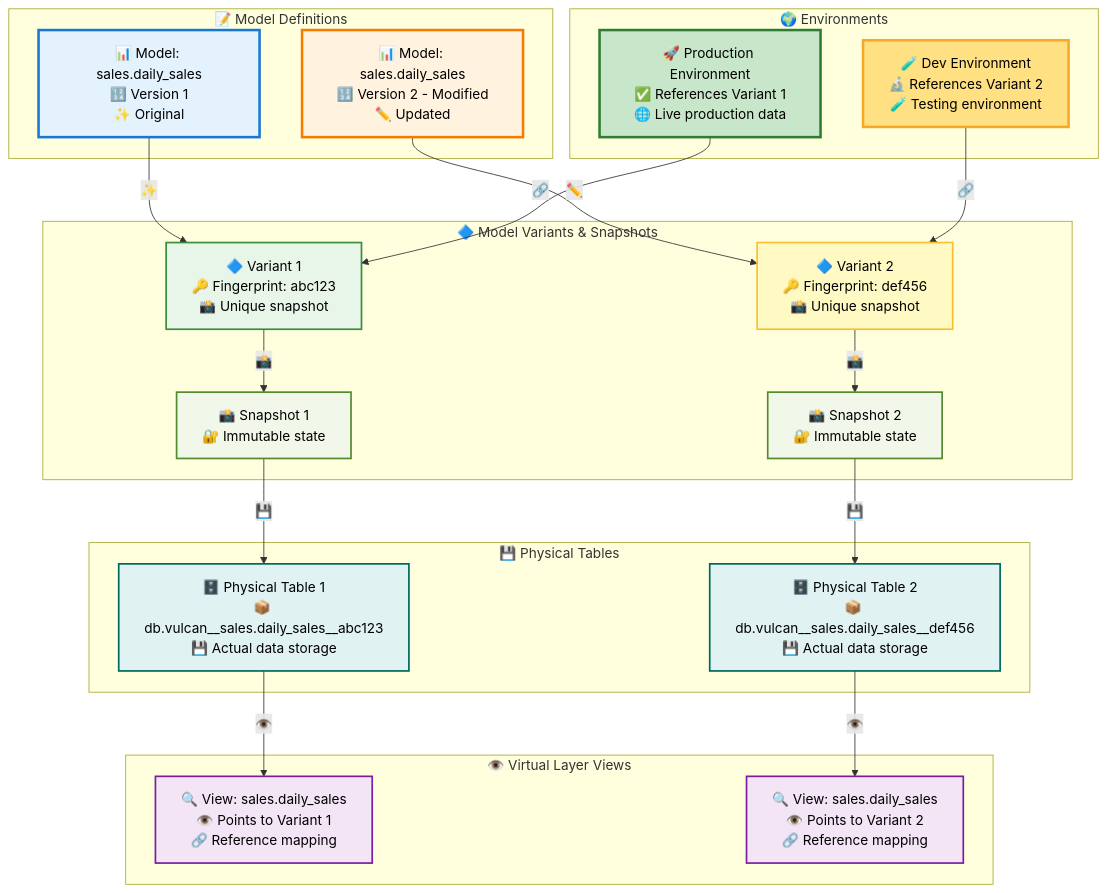
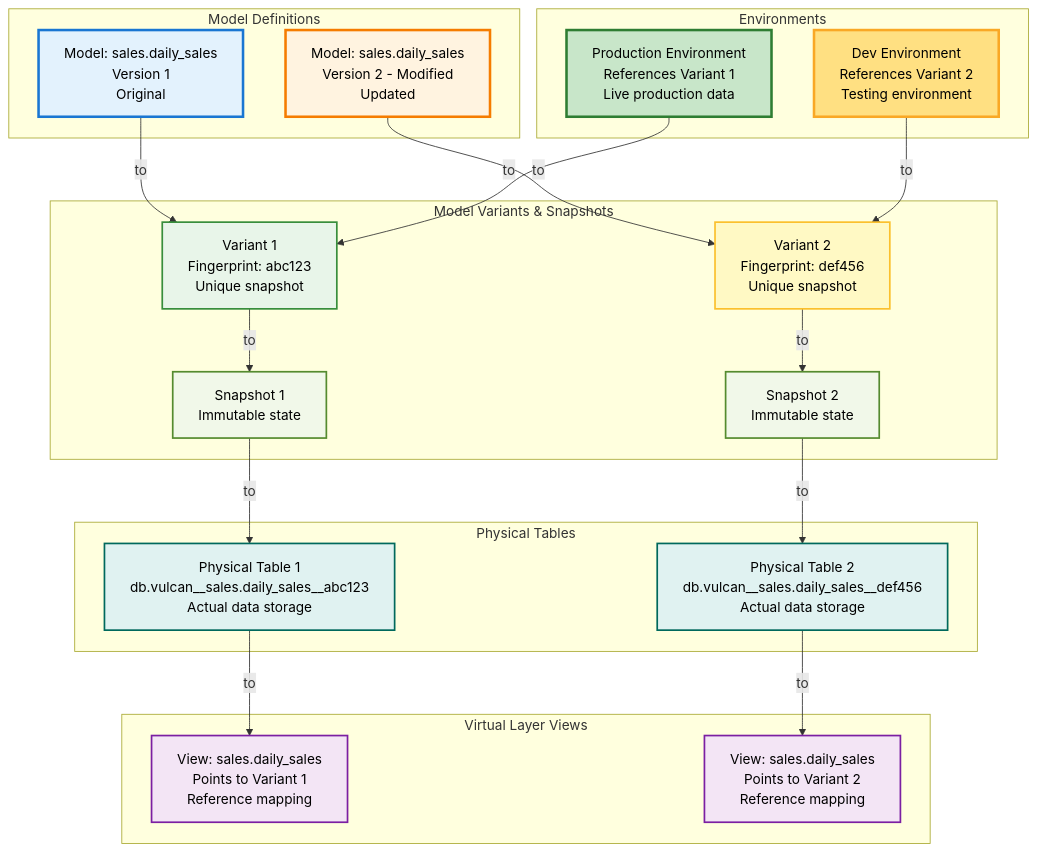
Before and after one commit to tmdc-io/vulcan-book: the fourth of 4 diagrams in docs/references/plans.md, drawn with Mermaid. The commit also changed other lines of this file and 6 other files, not shown here.

Commit message:
updated mermaid diagrams to remove emojis, commented out the old plan guide o have only the new 2.0 plan guide

````diff
--- a/docs/references/plans.md
+++ b/docs/references/plans.md
@@ -232,53 +232,53 @@
 ```mermaid
 graph TB
-    subgraph "📝 Model Definitions"
-        M1[📊 Model: sales.daily_sales<br/>🔢 Version 1<br/>✨ Original]
-        M2[📊 Model: sales.daily_sales<br/>🔢 Version 2 - Modified<br/>✏️ Updated]
+    subgraph "Model Definitions"
+        M1[Model: sales.daily_sales<br/>Version 1<br/>Original]
+        M2[Model: sales.daily_sales<br/>Version 2 - Modified<br/>Updated]
     end
 
-    subgraph "🔷 Model Variants & Snapshots"
-        V1[🔷 Variant 1<br/>🔑 Fingerprint: abc123<br/>📸 Unique snapshot]
-        V2[🔷 Variant 2<br/>🔑 Fingerprint: def456<br/>📸 Unique snapshot]
-        S1[📸 Snapshot 1<br/>🔐 Immutable state]
-        S2[📸 Snapshot 2<br/>🔐 Immutable state]
+    subgraph "Model Variants & Snapshots"
+        V1[Variant 1<br/>Fingerprint: abc123<br/>Unique snapshot]
+        V2[Variant 2<br/>Fingerprint: def456<br/>Unique snapshot]
+        S1[Snapshot 1<br/>Immutable state]
+        S2[Snapshot 2<br/>Immutable state]
     end
 
-    subgraph "💾 Physical Tables"
-        T1[🗄️ Physical Table 1<br/>📦 db.vulcan__sales.daily_sales__abc123<br/>💾 Actual data storage]
-        T2[🗄️ Physical Table 2<br/>📦 db.vulcan__sales.daily_sales__def456<br/>💾 Actual data storage]
+    subgraph "Physical Tables"
+        T1[Physical Table 1<br/>db.vulcan__sales.daily_sales__abc123<br/>Actual data storage]
+        T2[Physical Table 2<br/>db.vulcan__sales.daily_sales__def456<br/>Actual data storage]
     end
 
-    subgraph "👁️ Virtual Layer Views"
-        VL1[🔍 View: sales.daily_sales<br/>👁️ Points to Variant 1<br/>🔗 Reference mapping]
-        VL2[🔍 View: sales.daily_sales<br/>👁️ Points to Variant 2<br/>🔗 Reference mapping]
+    subgraph "Virtual Layer Views"
+        VL1[View: sales.daily_sales<br/>Points to Variant 1<br/>Reference mapping]
+        VL2[View: sales.daily_sales<br/>Points to Variant 2<br/>Reference mapping]
     end
 
-    subgraph "🌍 Environments"
-        PROD[🚀 Production Environment<br/>✅ References Variant 1<br/>🌐 Live production data]
-        DEV[🧪 Dev Environment<br/>🔬 References Variant 2<br/>🧪 Testing environment]
+    subgraph "Environments"
+        PROD[Production Environment<br/>References Variant 1<br/>Live production data]
+        DEV[Dev Environment<br/>References Variant 2<br/>Testing environment]
     end
 
-    M1 -->|"✨"| V1
-    M2 -->|"✏️"| V2
-    V1 -->|"📸"| S1
-    V2 -->|"📸"| S2
-    S1 -->|"💾"| T1
-    S2 -->|"💾"| T2
-    T1 -->|"👁️"| VL1
-    T2 -->|"👁️"| VL2
-    PROD -->|"🔗"| V1
-    DEV -->|"🔗"| V2
+    M1 -->|"to"| V1
+    M2 -->|"to"| V2
+    V1 -->|"to"| S1
+    V2 -->|"to"| S2
+    S1 -->|"to"| T1
+    S2 -->|"to"| T2
+    T1 -->|"to"| VL1
+    T2 -->|"to"| VL2
+    PROD -->|"to"| V1
+    DEV -->|"to"| V2
 
     style M1 fill:#e3f2fd,stroke:#1976d2,stroke-width:3px,color:#000
     style M2 fill:#fff3e0,stroke:#f57c00,stroke-width:3px,color:#000
     style V1 fill:#e8f5e9,stroke:#388e3c,stroke-width:2px,color:#000
     style V2 fill:#fff9c4,stroke:#fbc02d,stroke-width:2px,color:#000
     style S1 fill:#f1f8e9,stroke:#558b2f,stroke-width:2px,color:#000
     style S2 fill:#f1f8e9,stroke:#558b2f,stroke-width:2px,color:#000
     style T1 fill:#e0f2f1,stroke:#00695c,stroke-width:2px,color:#000
     style T2 fill:#e0f2f1,stroke:#00695c,stroke-width:2px,color:#000
     style VL1 fill:#f3e5f5,stroke:#7b1fa2,stroke-width:2px,color:#000
     style VL2 fill:#f3e5f5,stroke:#7b1fa2,stroke-width:2px,color:#000
     style PROD fill:#c8e6c9,stroke:#2e7d32,stroke-width:3px,color:#000
     style DEV fill:#ffe082,stroke:#f9a825,stroke-width:3px,color:#000
 ```
````
